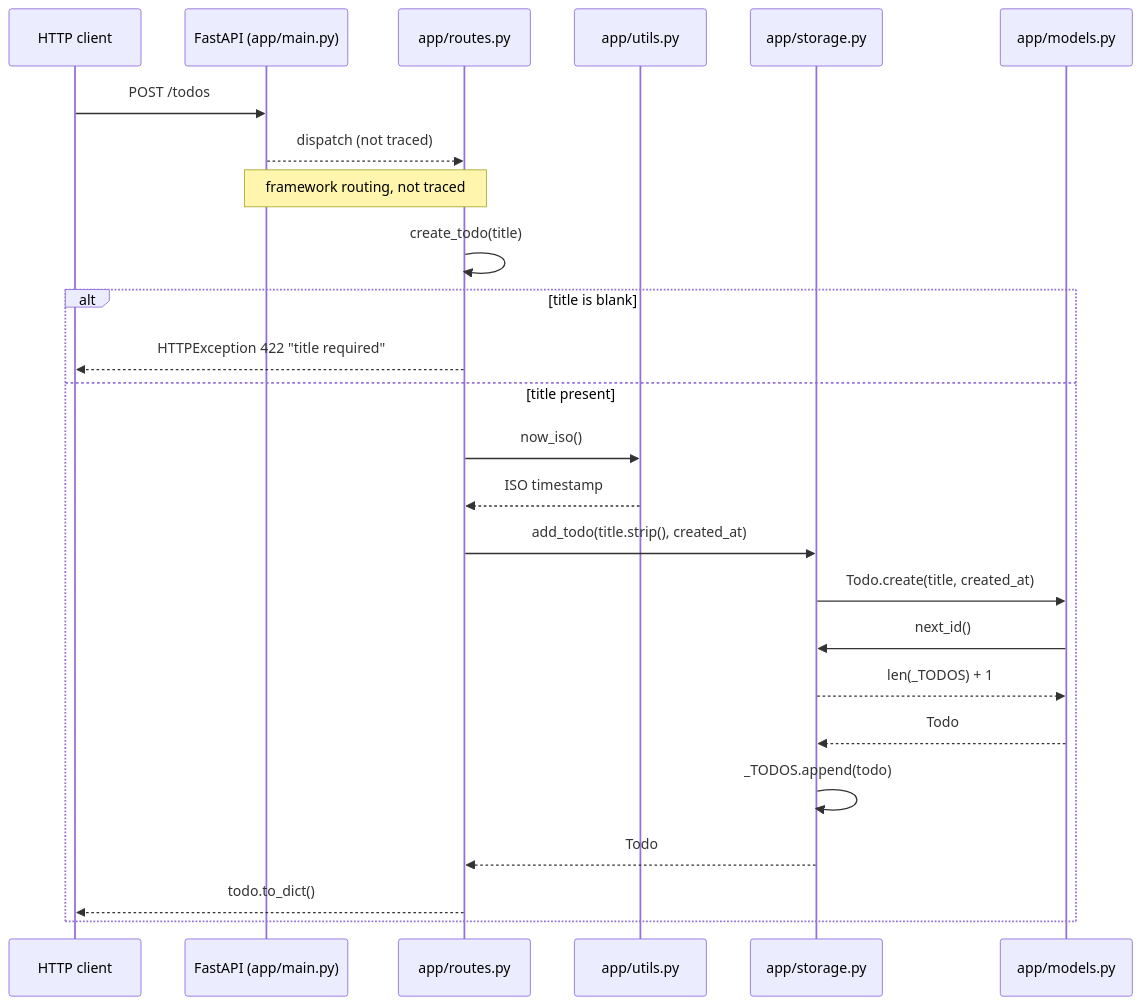
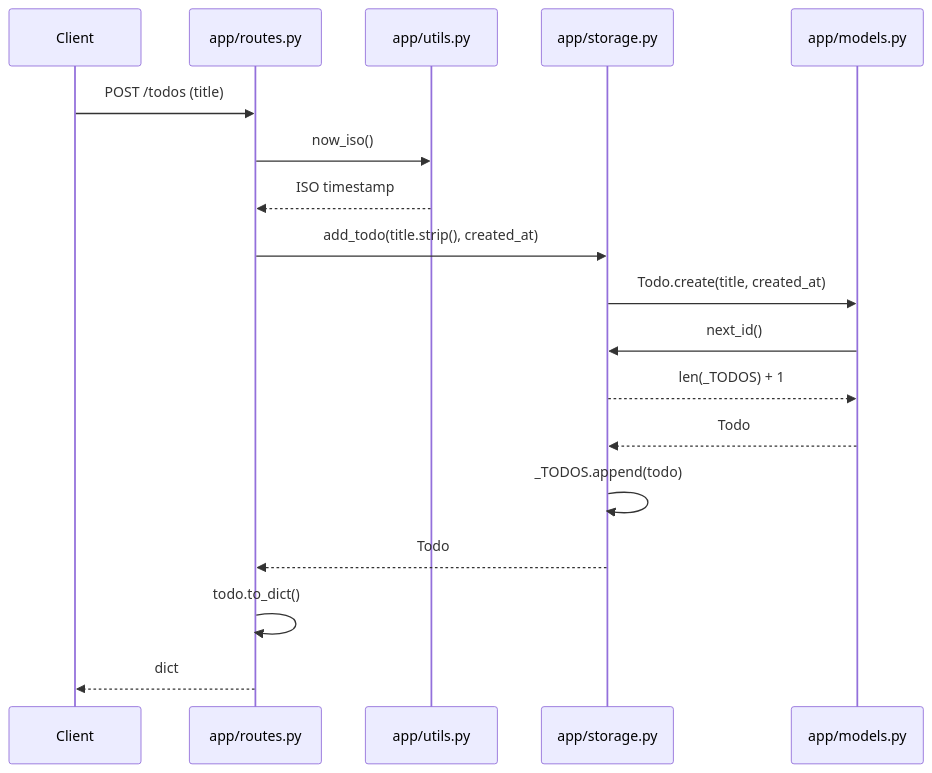
The first of 3 diagrams in examples/python-todo-api/docs/codemap/sequence-flow.md (hxxnn/codemap), drawn with Mermaid before and after one commit. The commit also changed other lines of this file and 35 other files, not shown here.

````diff
--- a/examples/python-todo-api/docs/codemap/sequence-flow.md
+++ b/examples/python-todo-api/docs/codemap/sequence-flow.md
@@ -20,27 +18,20 @@
 ```mermaid
 sequenceDiagram
-  participant C as HTTP client
-  participant F as FastAPI (app/main.py)
-  participant R as app/routes.py
-  participant U as app/utils.py
-  participant S as app/storage.py
-  participant M as app/models.py
-  C->>F: POST /todos
-  F-->>R: dispatch (not traced)
-  Note over F,R: framework routing, not traced
-  R->>R: create_todo(title)
-  alt title is blank
-    R-->>C: HTTPException 422 "title required"
-  else title present
+    participant C as Client
+    participant R as app/routes.py
+    participant U as app/utils.py
+    participant S as app/storage.py
+    participant M as app/models.py
+    C->>R: POST /todos (title)
     R->>U: now_iso()
     U-->>R: ISO timestamp
     R->>S: add_todo(title.strip(), created_at)
     S->>M: Todo.create(title, created_at)
     M->>S: next_id()
     S-->>M: len(_TODOS) + 1
     M-->>S: Todo
     S->>S: _TODOS.append(todo)
     S-->>R: Todo
-    R-->>C: todo.to_dict()
-  end
+    R->>R: todo.to_dict()
+    R-->>C: dict
 ```
````
